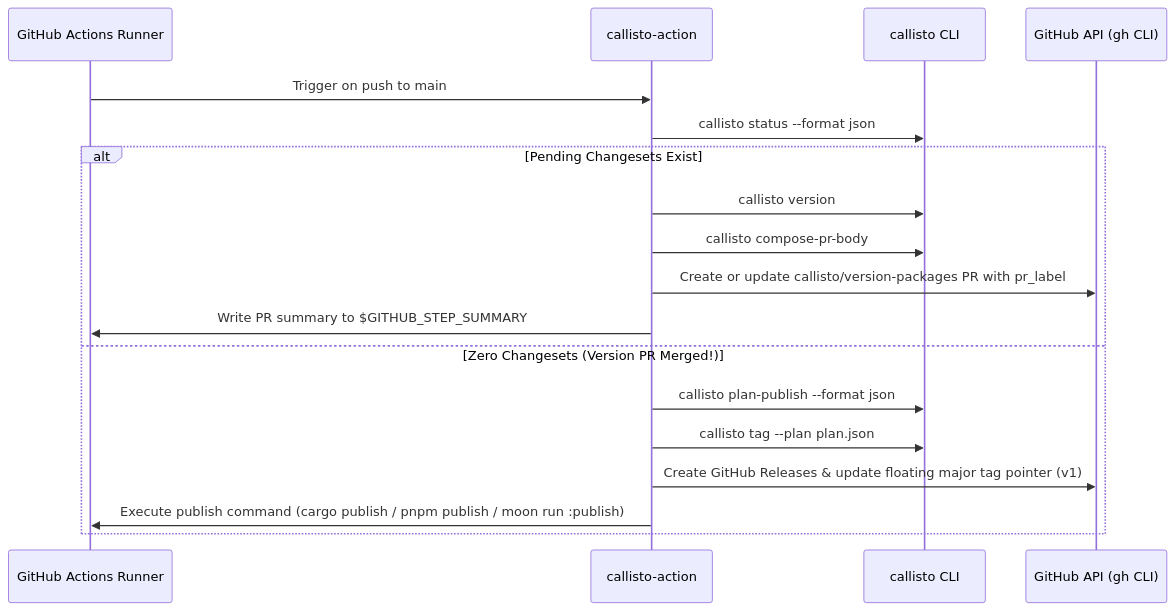
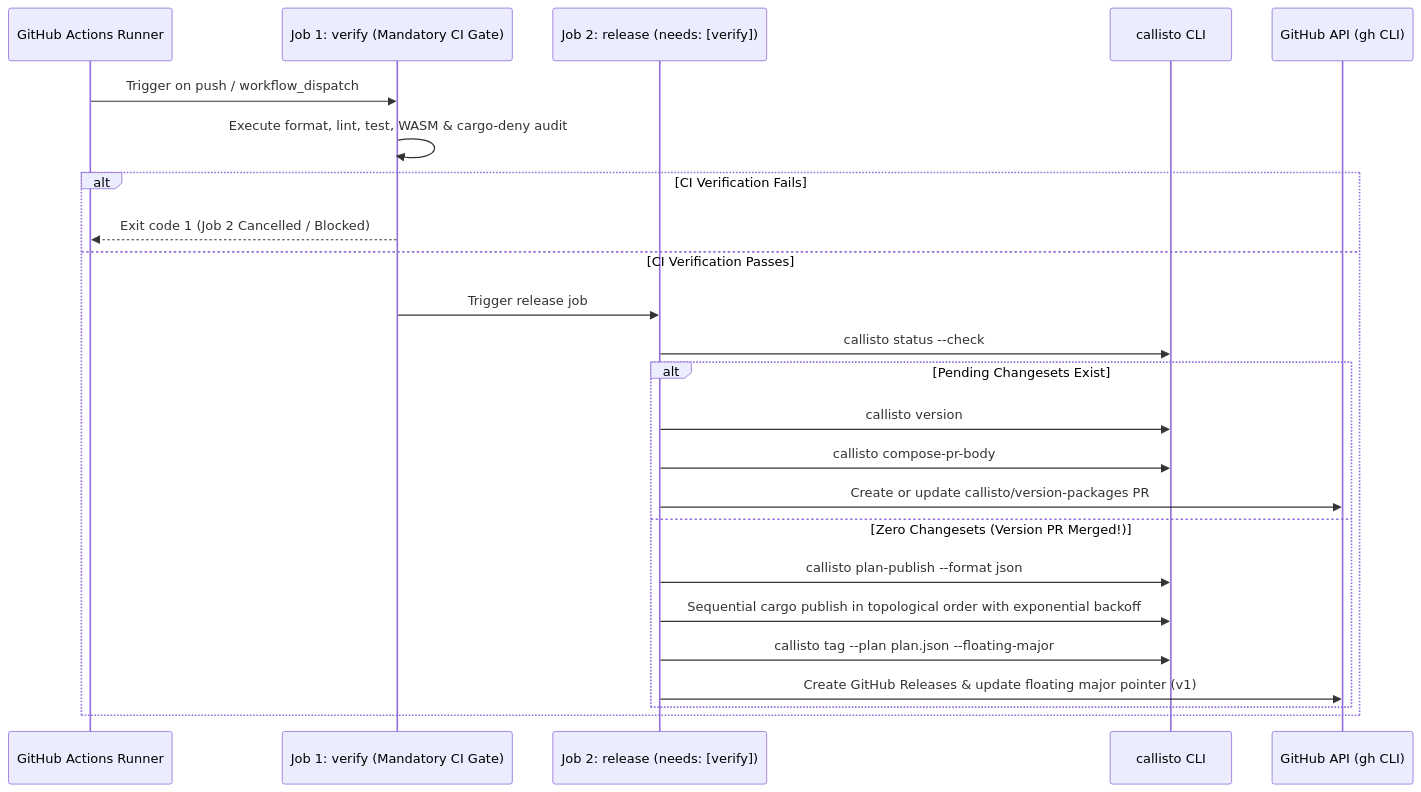
The fourth of 4 diagrams in ARCHITECTURE.md (orin-dx/callisto), drawn with Mermaid before and after one commit. The commit also changed other lines of this file, not shown here.

Commit message:
docs(architecture): update Section 9 sequence diagram and reference release paradigms

````diff
--- a/ARCHITECTURE.md
+++ b/ARCHITECTURE.md
@@ -306,22 +306,28 @@
 ```mermaid
 sequenceDiagram
     participant Runner as GitHub Actions Runner
-    participant Action as callisto-action
+    participant Verify as Job 1: verify (Mandatory CI Gate)
+    participant Action as Job 2: release (needs: [verify])
     participant CLI as callisto CLI
     participant GH as GitHub API (gh CLI)
 
-    Runner->>Action: Trigger on push to main
-    Action->>CLI: callisto status --format json
-    
-    alt Pending Changesets Exist
-        Action->>CLI: callisto version
-        Action->>CLI: callisto compose-pr-body
-        Action->>GH: Create or update callisto/version-packages PR with pr_label
-        Action->>Runner: Write PR summary to $GITHUB_STEP_SUMMARY
-    else Zero Changesets (Version PR Merged!)
-        Action->>CLI: callisto plan-publish --format json
-        Action->>CLI: callisto tag --plan plan.json
-        Action->>GH: Create GitHub Releases & update floating major tag pointer (v1)
-        Action->>Runner: Execute publish command (cargo publish / pnpm publish / moon run :publish)
+    Runner->>Verify: Trigger on push / workflow_dispatch
+    Verify->>Verify: Execute format, lint, test, WASM & cargo-deny audit
+    alt CI Verification Fails
+        Verify-->>Runner: Exit code 1 (Job 2 Cancelled / Blocked)
+    else CI Verification Passes
+        Verify->>Action: Trigger release job
+        Action->>CLI: callisto status --check
+        
+        alt Pending Changesets Exist
+            Action->>CLI: callisto version
+            Action->>CLI: callisto compose-pr-body
+            Action->>GH: Create or update callisto/version-packages PR
+        else Zero Changesets (Version PR Merged!)
+            Action->>CLI: callisto plan-publish --format json
+            Action->>CLI: Sequential cargo publish in topological order with exponential backoff
+            Action->>CLI: callisto tag --plan plan.json --floating-major
+            Action->>GH: Create GitHub Releases & update floating major pointer (v1)
+        end
     end
 ```
````
